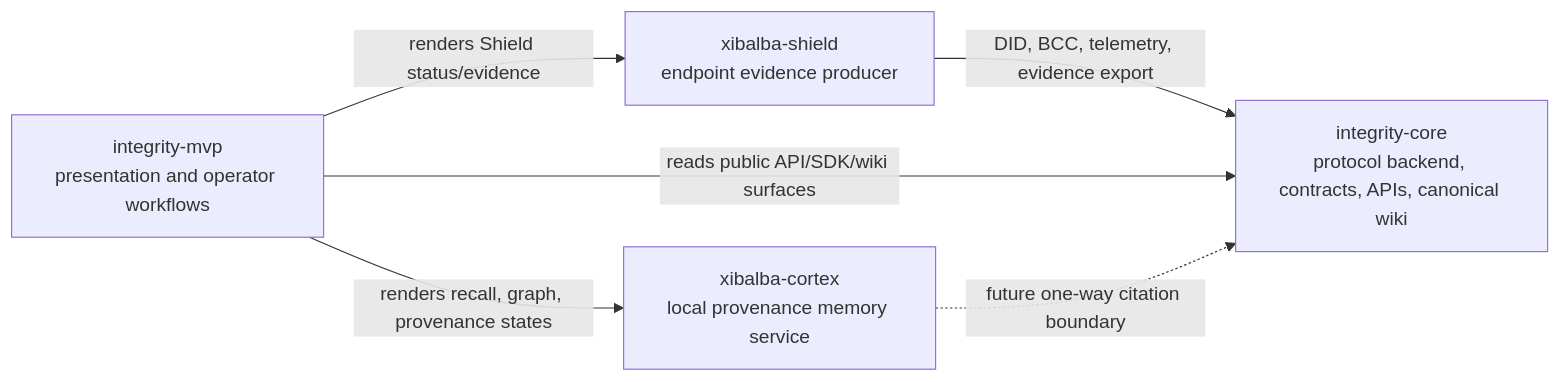
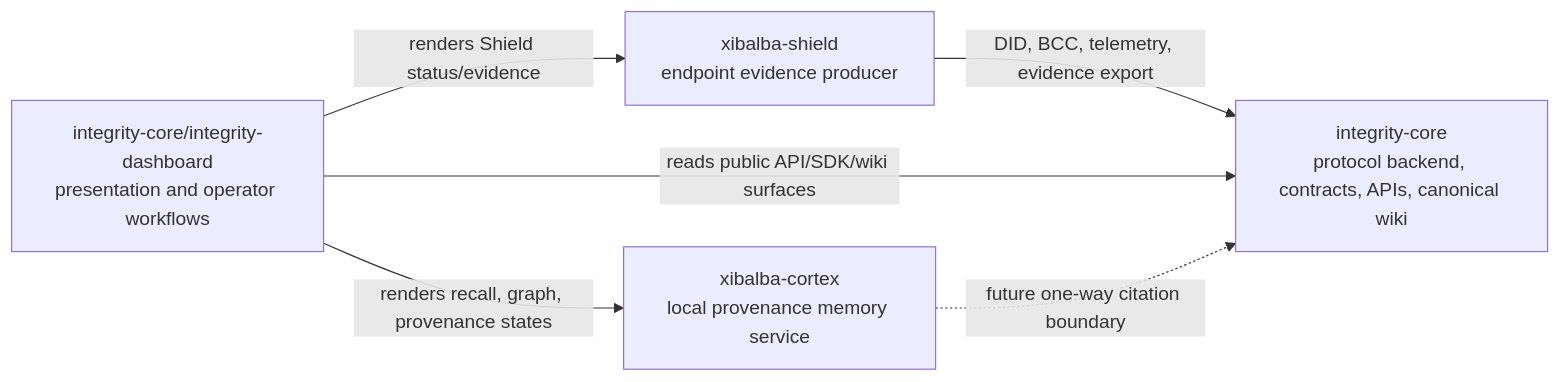
One commit to XibalbaTechSol/integrity-core changed the diagram in docs/wiki/architecture/repository-implementation-plans.md. Above: the diagram before and after it, drawn with Mermaid. The commit also changed other lines of this file and 14 other files, not shown here.

First line of the commit message:
Correct ecosystem docs: 3 repos, not 4 (integrity-mvp superseded by integrity-dashboard/)

````diff
--- a/docs/wiki/architecture/repository-implementation-plans.md
+++ b/docs/wiki/architecture/repository-implementation-plans.md
@@ -43,13 +49,13 @@
 ```mermaid
 flowchart LR
     Latest["integrity-core<br/>protocol backend, contracts, APIs, canonical wiki"]
     Shield["xibalba-shield<br/>endpoint evidence producer"]
     Graph["xibalba-cortex<br/>local provenance memory service"]
-    MVP["integrity-mvp<br/>presentation and operator workflows"]
+    MVP["integrity-core/integrity-dashboard<br/>presentation and operator workflows"]
 
     Shield -->|DID, BCC, telemetry, evidence export| Latest
     MVP -->|reads public API/SDK/wiki surfaces| Latest
     MVP -->|renders Shield status/evidence| Shield
     MVP -->|renders recall, graph, provenance states| Graph
     Graph -.->|future one-way citation boundary| Latest
 ```
````
